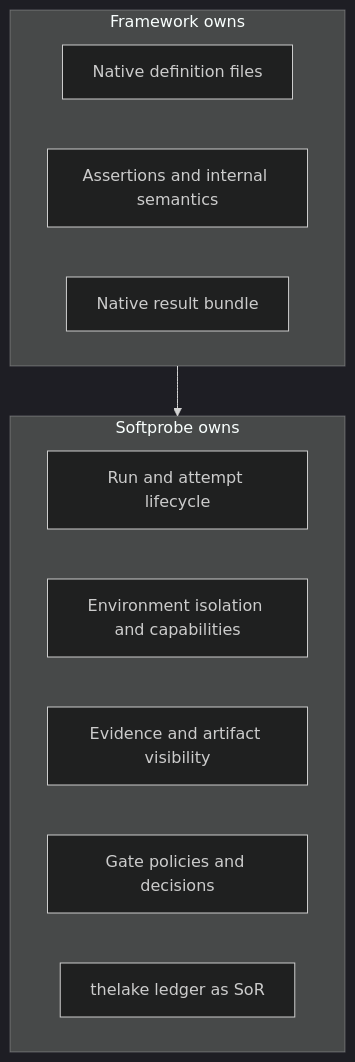
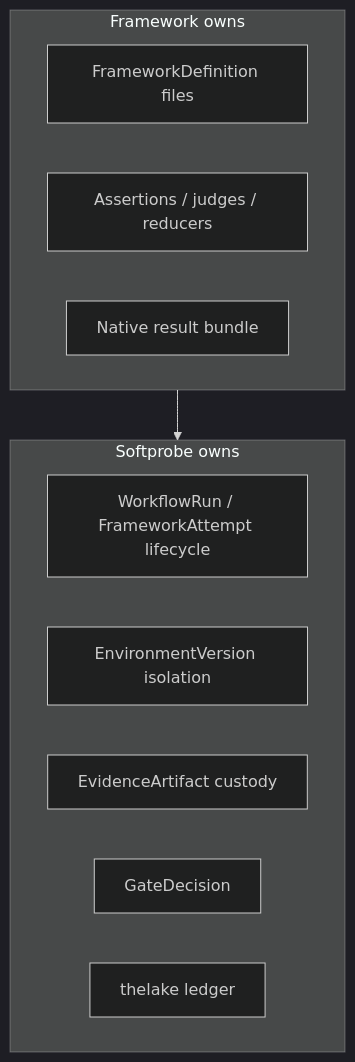
One commit to softprobe/document-website changed the first of 3 diagrams in en/evaluation/concepts/native-model-and-adapters.md. Above: the diagram before and after it, drawn with Mermaid (dark theme). The commit also changed other lines of this file and 57 other files, not shown here.

````diff
--- a/en/evaluation/concepts/native-model-and-adapters.md
+++ b/en/evaluation/concepts/native-model-and-adapters.md
@@ -11,16 +13,16 @@
 ```mermaid
 flowchart TB
   subgraph fw [Framework owns]
-    Def[Native definition files]
-    Sem[Assertions and internal semantics]
+    Def[FrameworkDefinition files]
+    Sem[Assertions / judges / reducers]
     Res[Native result bundle]
   end
   subgraph sp [Softprobe owns]
-    Life[Run and attempt lifecycle]
-    Env[Environment isolation and capabilities]
-    Ev[Evidence and artifact visibility]
-    Gate[Gate policies and decisions]
-    SoR[thelake ledger as SoR]
+    Life[WorkflowRun / FrameworkAttempt lifecycle]
+    Env[EnvironmentVersion isolation]
+    Ev[EvidenceArtifact custody]
+    Gate[GateDecision]
+    SoR[thelake ledger]
   end
   fw --> sp
 ```
````
